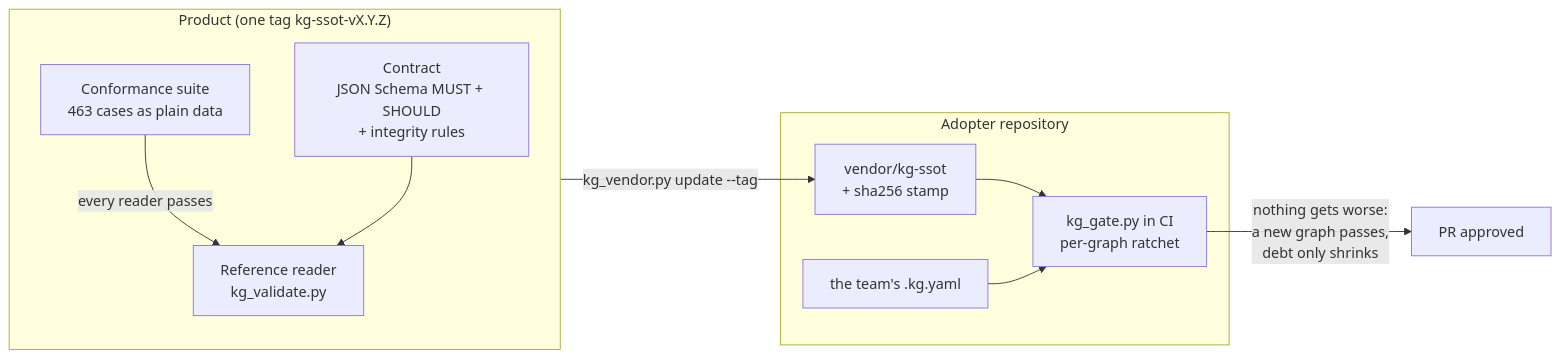
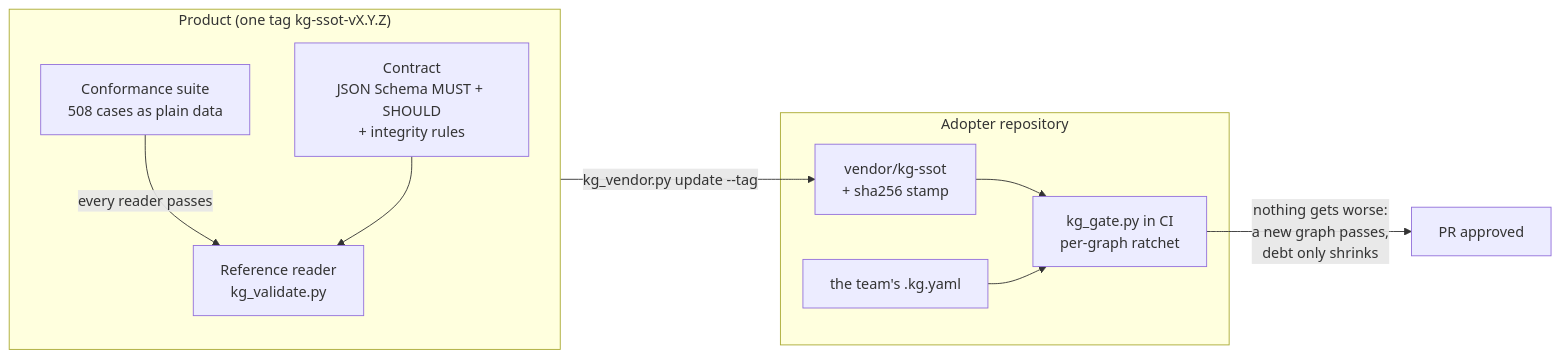
The diagram in README.md (marciocar/kg-ssot), drawn with Mermaid before and after one commit. The commit also changed other lines of this file and 75 other files, not shown here.

````diff
--- a/README.md
+++ b/README.md
@@ -137,19 +137,19 @@
 ```mermaid
 flowchart LR
   subgraph product["Product (one tag kg-ssot-vX.Y.Z)"]
     C["Contract<br/>JSON Schema MUST + SHOULD<br/>+ integrity rules"]
-    S["Conformance suite<br/>463 cases as plain data"]
+    S["Conformance suite<br/>508 cases as plain data"]
     R["Reference reader<br/>kg_validate.py"]
     S -- "every reader passes" --> R
     C --> R
   end
   subgraph adopter["Adopter repository"]
     V["vendor/kg-ssot<br/>+ sha256 stamp"]
     G["kg_gate.py in CI<br/>per-graph ratchet"]
     K["the team's .kg.yaml"]
     V --> G
     K --> G
   end
   product -- "kg_vendor.py update --tag" --> V
   G -- "nothing gets worse:<br/>a new graph passes,<br/>debt only shrinks" --> PR["PR approved"]
 ```
````
